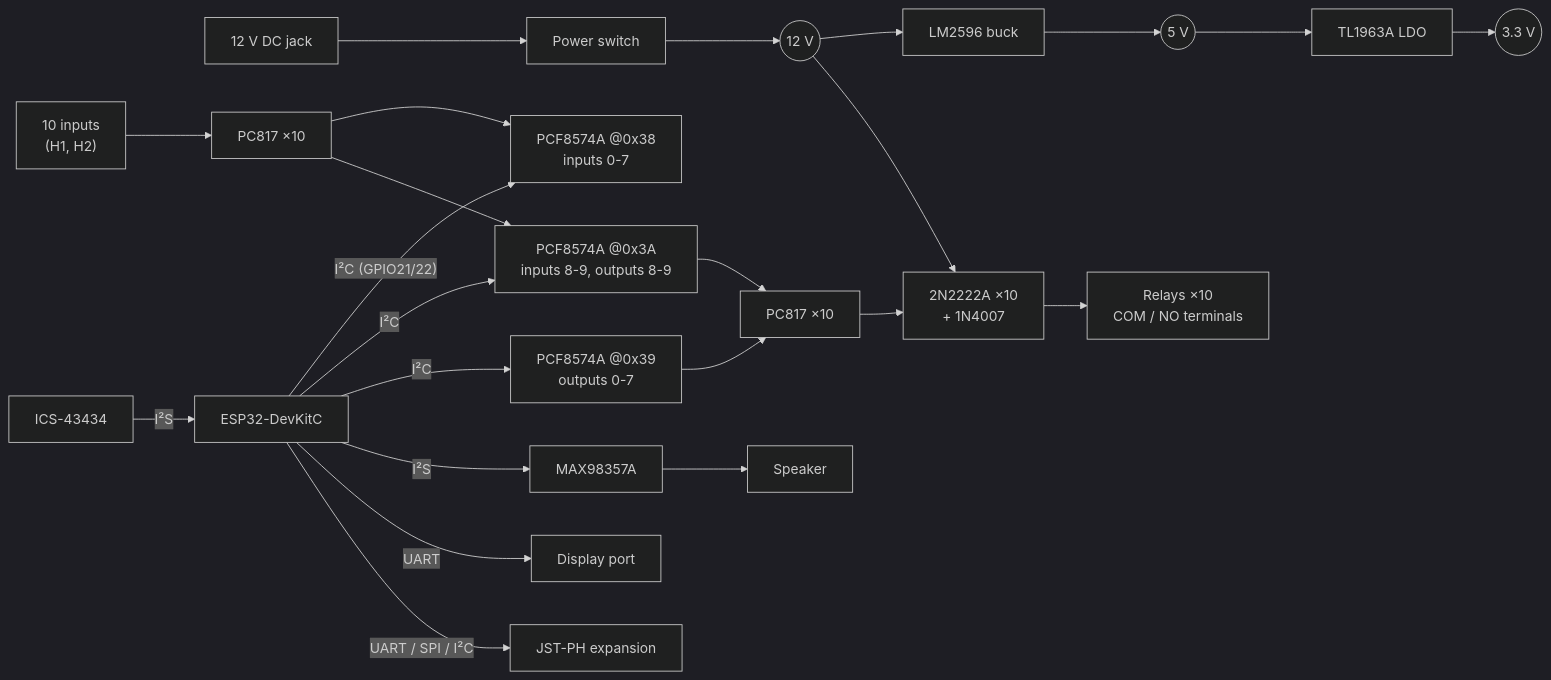
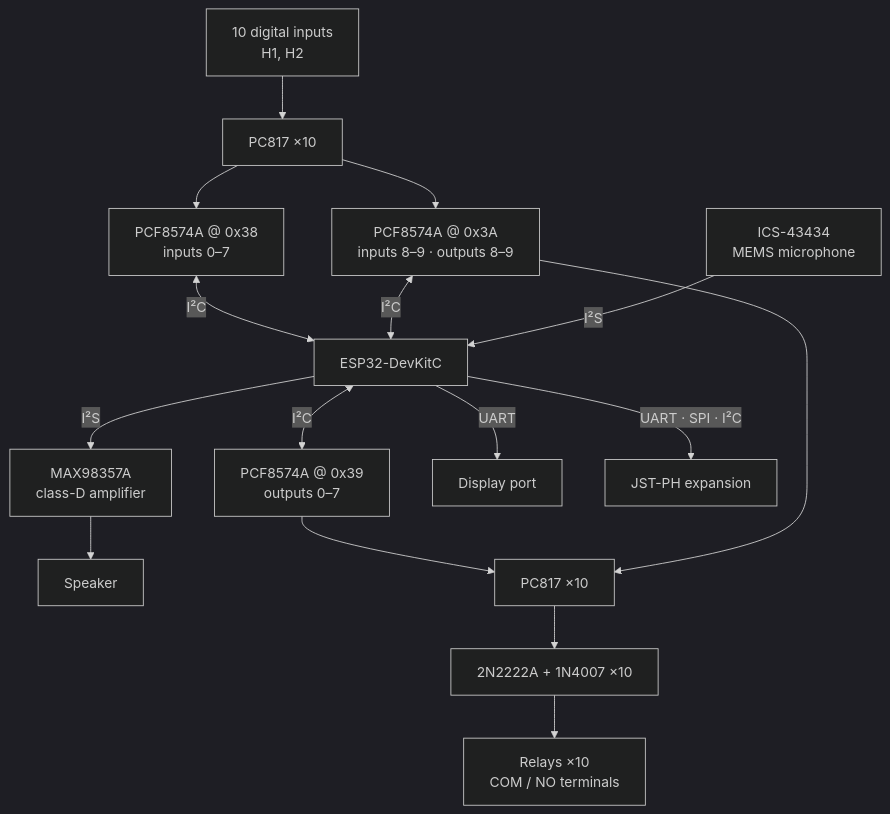
One commit to dadashovf8/ESP32-PLC-Controller changed the first of 2 diagrams in README.md. Above: the diagram before and after it, drawn with Mermaid (dark theme). The commit also changed other lines of this file, not shown here.

Commit message:
Add power tree diagram

````diff
--- a/README.md
+++ b/README.md
@@ -39,20 +39,19 @@
 ```mermaid
-flowchart LR
-    DC["12 V DC jack"] --> SW["Power switch"] --> V12(("12 V"))
-    V12 --> BUCK["LM2596 buck"] --> V5(("5 V"))
-    V5 --> LDO["TL1963A LDO"] --> V33(("3.3 V"))
+flowchart TB
+    IN["10 digital inputs<br/>H1, H2"] --> OIN["PC817 ×10"]
+    OIN --> X38["PCF8574A @ 0x38<br/>inputs 0–7"]
+    OIN --> X3A["PCF8574A @ 0x3A<br/>inputs 8–9 · outputs 8–9"]
 
-    ESP["ESP32-DevKitC"]
-    ESP -- "I²C (GPIO21/22)" --> EXP_IN["PCF8574A @0x38<br/>inputs 0-7"]
-    ESP -- "I²C" --> EXP_MIX["PCF8574A @0x3A<br/>inputs 8-9, outputs 8-9"]
-    ESP -- "I²C" --> EXP_OUT["PCF8574A @0x39<br/>outputs 0-7"]
+    X38 <-- "I²C" --> ESP["ESP32-DevKitC"]
+    X3A <-- "I²C" --> ESP
+    ESP <-- "I²C" --> X39["PCF8574A @ 0x39<br/>outputs 0–7"]
 
-    IN["10 inputs<br/>(H1, H2)"] --> OPTO_IN["PC817 ×10"] --> EXP_IN & EXP_MIX
-    EXP_OUT & EXP_MIX --> OPTO_OUT["PC817 ×10"] --> DRV["2N2222A ×10<br/>+ 1N4007"] --> RLY["Relays ×10<br/>COM / NO terminals"]
-    V12 --> DRV
+    MIC["ICS-43434<br/>MEMS microphone"] -- "I²S" --> ESP
+    ESP -- "I²S" --> AMP["MAX98357A<br/>class-D amplifier"] --> SPK["Speaker"]
+    ESP -- "UART" --> DISP["Display port"]
+    ESP -- "UART · SPI · I²C" --> EXT["JST-PH expansion"]
 
-    ESP -- "I²S" --> AMP["MAX98357A"] --> SPK["Speaker"]
-    MIC["ICS-43434"] -- "I²S" --> ESP
-    ESP -- "UART" --> DISP["Display port"]
-    ESP -- "UART / SPI / I²C" --> EXT["JST-PH expansion"]
+    X39 --> OOUT["PC817 ×10"]
+    X3A --> OOUT
+    OOUT --> DRV["2N2222A + 1N4007 ×10"] --> RLY["Relays ×10<br/>COM / NO terminals"]
 ```
````
